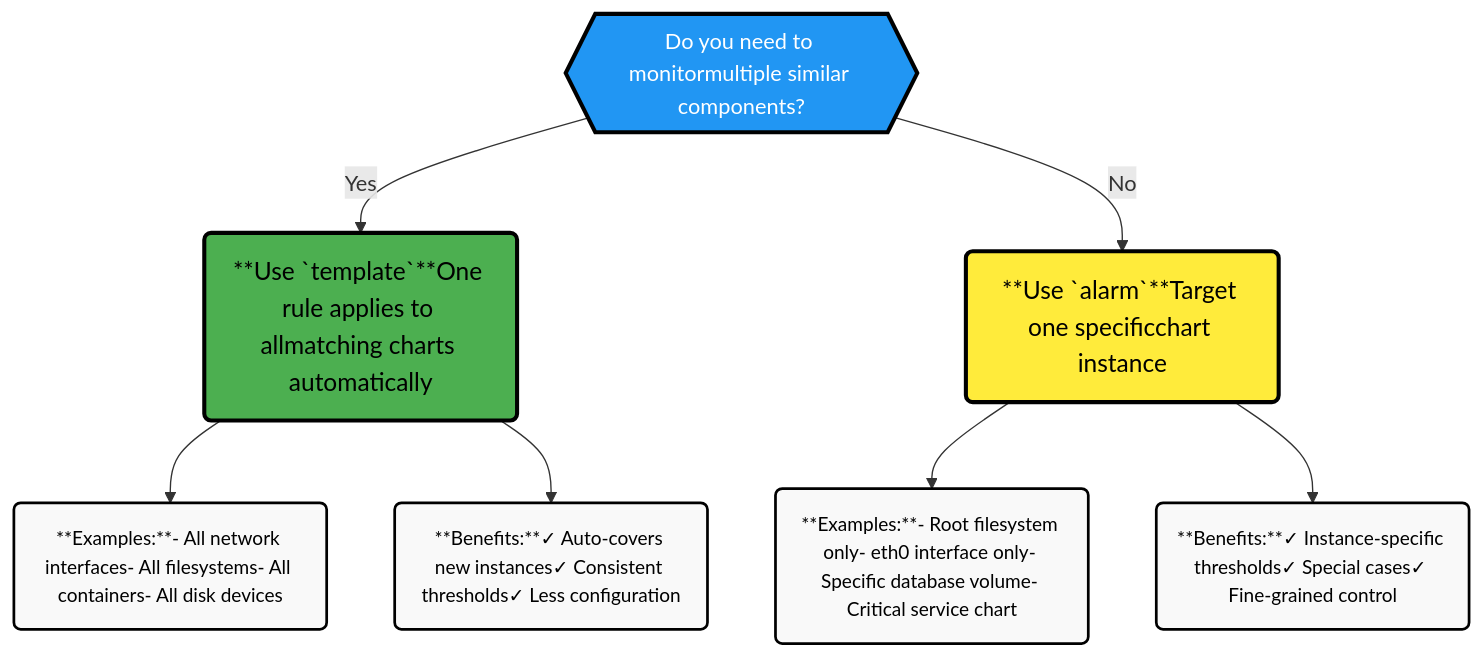
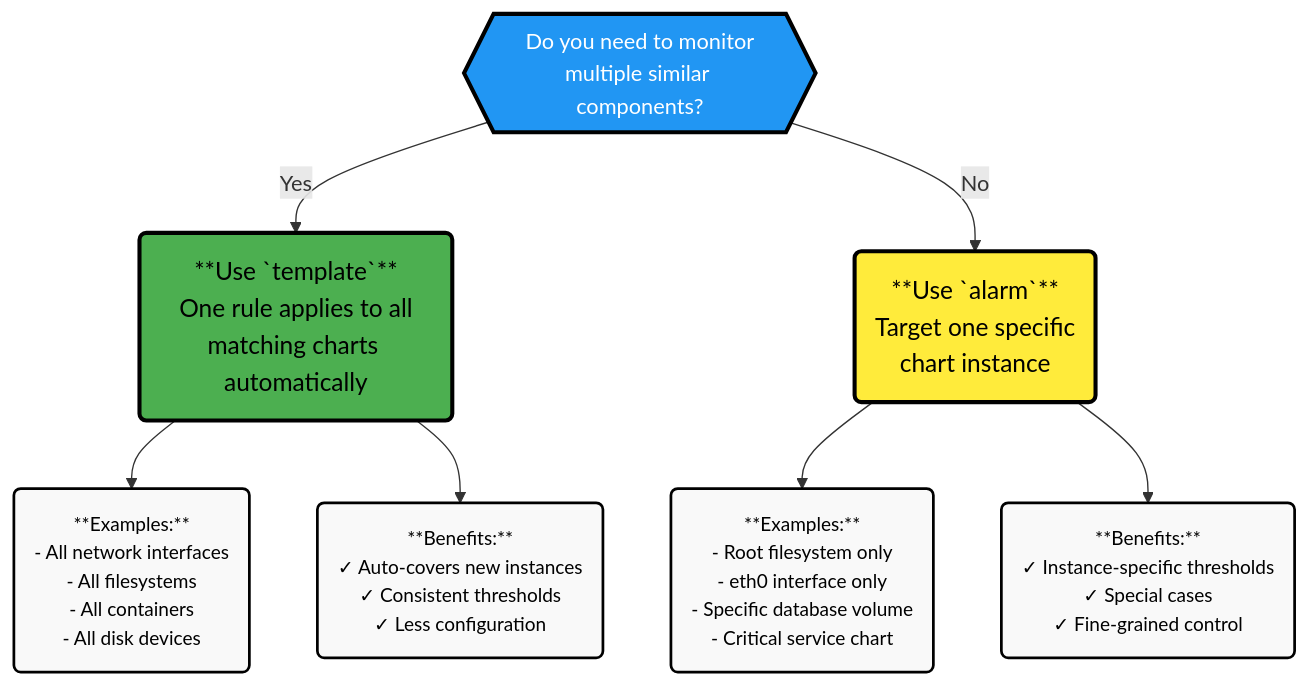
The diagram in docs/alerts/understanding-alerts/alert-types-alarm-vs-template.md (ilyam8/netdata), drawn with Mermaid before and after one commit. The commit also changed other lines of this file, not shown here.

````diff
--- a/docs/alerts/understanding-alerts/alert-types-alarm-vs-template.md
+++ b/docs/alerts/understanding-alerts/alert-types-alarm-vs-template.md
@@ -52,29 +52,29 @@
 ```mermaid
 flowchart TD
-    Start{{"Do you need to monitor<br\>multiple similar components?"}}
+    Start{{"Do you need to monitor<br/>multiple similar components?"}}
     
-    Start -->|Yes| Multiple("**Use `template`**<br\>One rule applies to all<br\>matching charts automatically")
-    Start -->|No| Single("**Use `alarm`**<br\>Target one specific<br\>chart instance")
+    Start -->|Yes| Multiple("**Use `template`**<br/>One rule applies to all<br/>matching charts automatically")
+    Start -->|No| Single("**Use `alarm`**<br/>Target one specific<br/>chart instance")
     
-    Multiple --> Examples1("**Examples:**<br\>- All network interfaces<br\>- All filesystems<br\>- All containers<br\>- All disk devices")
+    Multiple --> Examples1("**Examples:**<br/>- All network interfaces<br/>- All filesystems<br/>- All containers<br/>- All disk devices")
     
-    Single --> Examples2("**Examples:**<br\>- Root filesystem only<br\>- eth0 interface only<br\>- Specific database volume<br\>- Critical service chart")
+    Single --> Examples2("**Examples:**<br/>- Root filesystem only<br/>- eth0 interface only<br/>- Specific database volume<br/>- Critical service chart")
     
-    Multiple --> Benefits1("**Benefits:**<br\>✓ Auto-covers new instances<br\>✓ Consistent thresholds<br\>✓ Less configuration")
+    Multiple --> Benefits1("**Benefits:**<br/>✓ Auto-covers new instances<br/>✓ Consistent thresholds<br/>✓ Less configuration")
     
-    Single --> Benefits2("**Benefits:**<br\>✓ Instance-specific thresholds<br\>✓ Special cases<br\>✓ Fine-grained control")
+    Single --> Benefits2("**Benefits:**<br/>✓ Instance-specific thresholds<br/>✓ Special cases<br/>✓ Fine-grained control")
 
     %% Style definitions
     classDef decision fill:#2196F3,stroke:#000000,stroke-width:3px,color:#ffffff,font-size:16px
     classDef template fill:#4caf50,stroke:#000000,stroke-width:3px,color:#000000,font-size:18px
     classDef alarm fill:#ffeb3b,stroke:#000000,stroke-width:3px,color:#000000,font-size:18px
     classDef examples fill:#f9f9f9,stroke:#000000,stroke-width:2px,color:#000000,font-size:14px
     classDef benefits fill:#f9f9f9,stroke:#000000,stroke-width:2px,color:#000000,font-size:14px
 
     %% Apply styles
     class Start decision
     class Multiple template
     class Single alarm
     class Examples1,Examples2 examples
     class Benefits1,Benefits2 benefits
 ```
````
